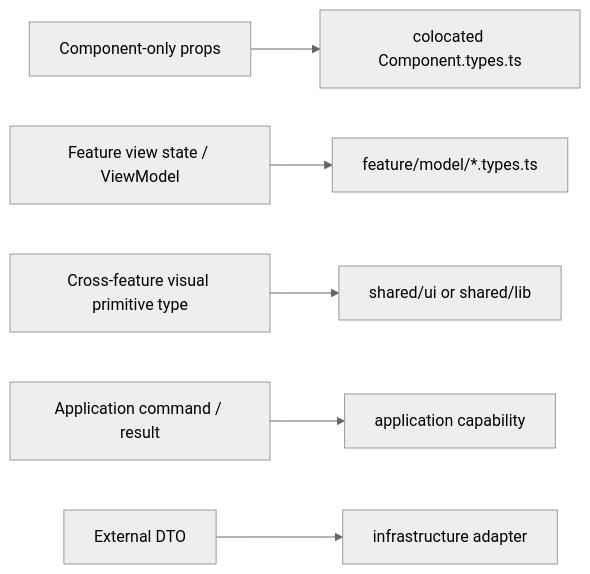
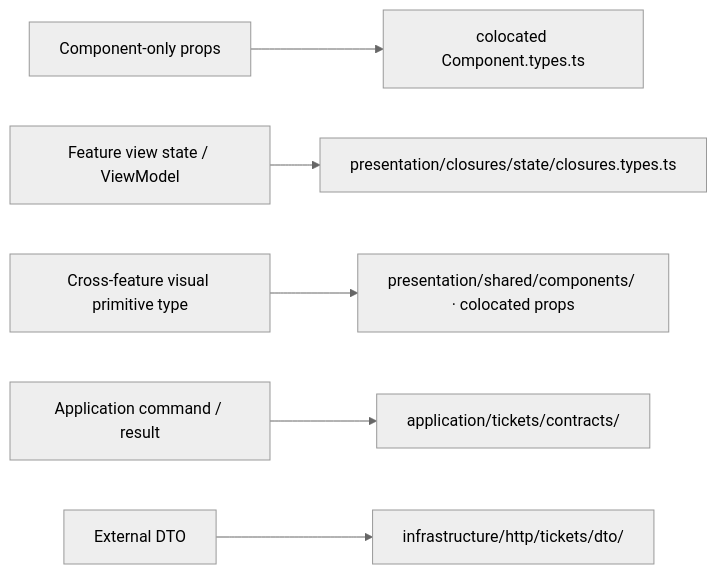
The fifth of 5 diagrams in frontend/presentation-architecture.md (AndresTaoFlorez/software-architecture), drawn with Mermaid (neutral theme) before and after one commit. The commit also changed other lines of this file and 43 other files, not shown here.

````diff
--- a/frontend/presentation-architecture.md
+++ b/frontend/presentation-architecture.md
@@ -331,8 +297,8 @@
 ```mermaid
 flowchart LR
     CP["Component-only props"] --> CT["colocated Component.types.ts"]
-    FS["Feature view state / ViewModel"] --> FT["feature/model/*.types.ts"]
-    CV["Cross-feature visual primitive type"] --> SH["shared/ui or shared/lib"]
-    AR["Application command / result"] --> AC["application capability"]
-    DTO["External DTO"] --> IA["infrastructure adapter"]
+    FS["Feature view state / ViewModel"] --> FT["presentation/closures/state/closures.types.ts"]
+    CV["Cross-feature visual primitive type"] --> SH["presentation/shared/components/ · colocated props"]
+    AR["Application command / result"] --> AC["application/tickets/contracts/"]
+    DTO["External DTO"] --> IA["infrastructure/http/tickets/dto/"]
 ```
````
